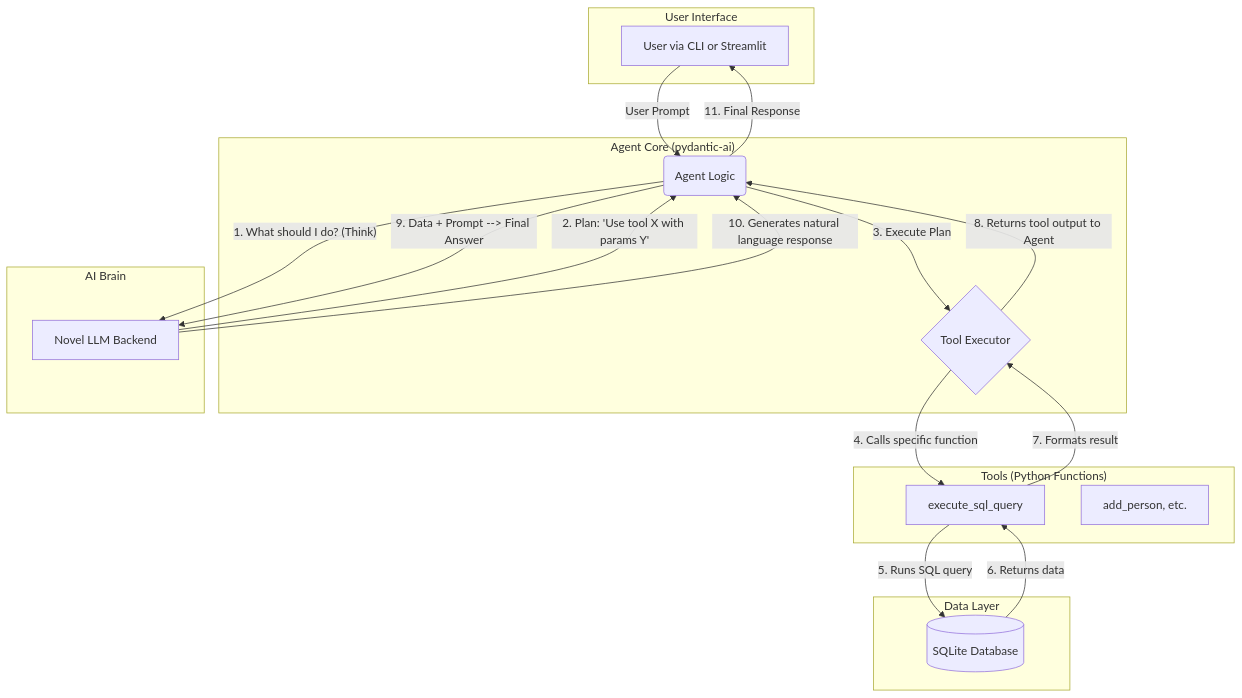
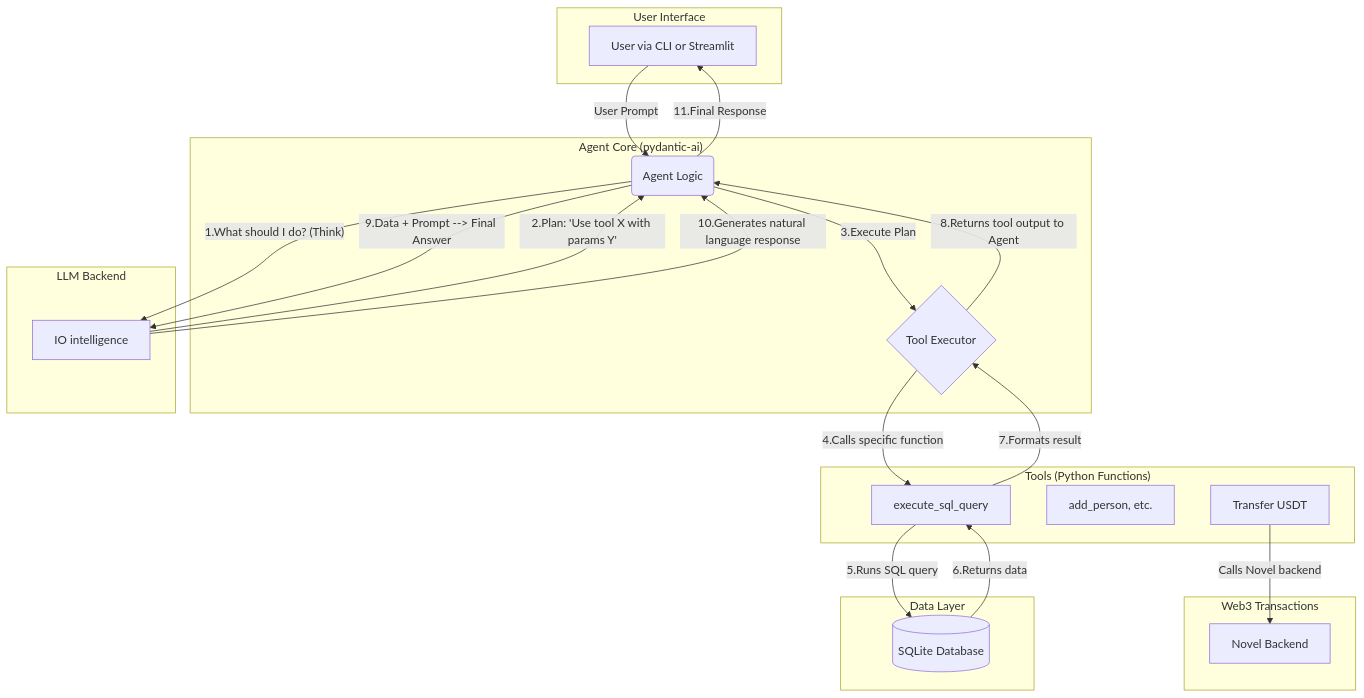
The diagram in README.md (rajagurunath/novel-agents), drawn with Mermaid before and after one commit.

Commit message:
diagram update

````diff
--- a/README.md
+++ b/README.md
@@ -72,37 +72,43 @@
 ```mermaid
 graph TD
     subgraph "User Interface"
         A[User via CLI or Streamlit]
     end
 
     subgraph "Agent Core (pydantic-ai)"
         B(Agent Logic)
         C{Tool Executor}
     end
 
-    subgraph "AI Brain"
-        D[Novel LLM Backend]
+    subgraph "LLM Backend"
+        D[IO intelligence]
+    end
+
+    subgraph "Web3 Transactions"
+        Z[Novel Backend]
     end
 
     subgraph "Tools (Python Functions)"
         E[execute_sql_query]
         F[add_person, etc.]
+        X[Transfer USDT]
     end
 
     subgraph "Data Layer"
         G[(SQLite Database)]
     end
 
     A -- "User Prompt" --> B
-    B -- "1. What should I do? (Think)" --> D
-    D -- "2. Plan: 'Use tool X with params Y'" --> B
-    B -- "3. Execute Plan" --> C
-    C -- "4. Calls specific function" --> E
-    E -- "5. Runs SQL query" --> G
-    G -- "6. Returns data" --> E
-    E -- "7. Formats result" --> C
-    C -- "8. Returns tool output to Agent" --> B
-    B -- "9. Data + Prompt --> Final Answer" --> D
-    D -- "10. Generates natural language response" --> B
-    B -- "11. Final Response" --> A
+    B -- "1.What should I do? (Think)" --> D
+    D -- "2.Plan: 'Use tool X with params Y'" --> B
+    B -- "3.Execute Plan" --> C
+    C -- "4.Calls specific function" --> E
+    E -- "5.Runs SQL query" --> G
+    G -- "6.Returns data" --> E
+    E -- "7.Formats result" --> C
+    C -- "8.Returns tool output to Agent" --> B
+    B -- "9.Data + Prompt --> Final Answer" --> D
+    D -- "10.Generates natural language response" --> B
+    B -- "11.Final Response" --> A
+    X -- "Calls Novel backend" --> Z
 ```
````
